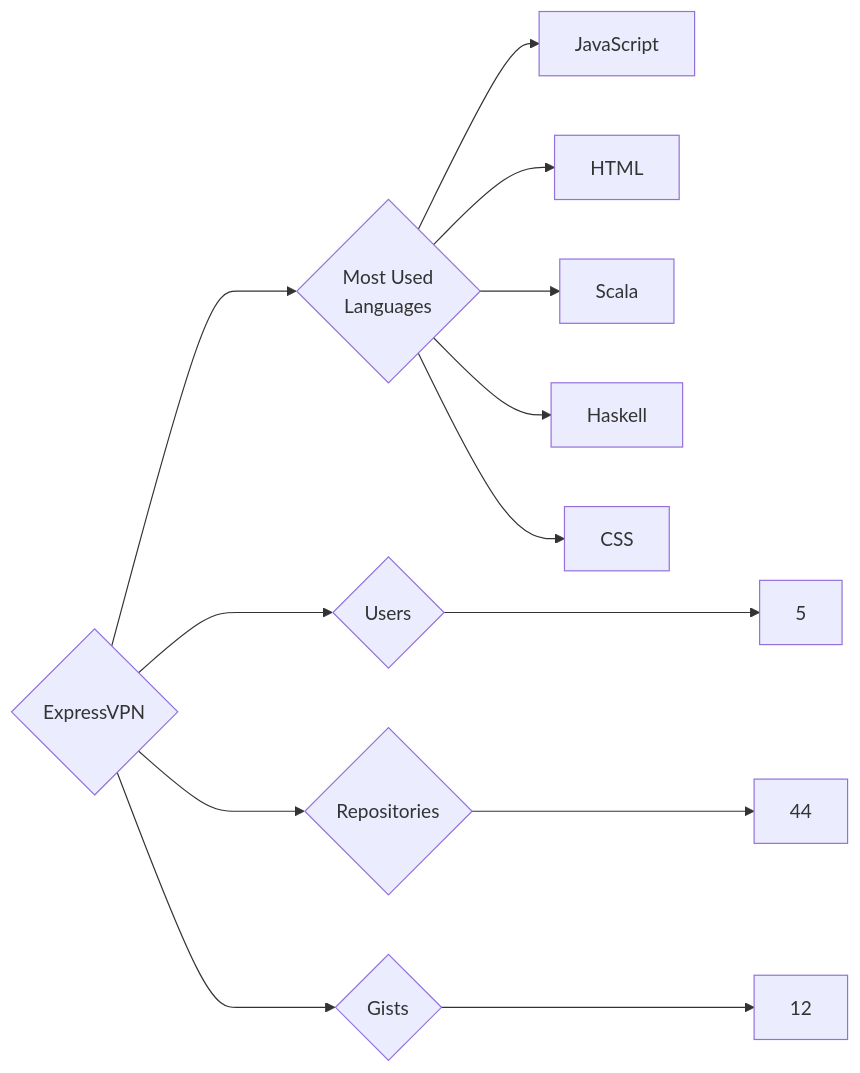
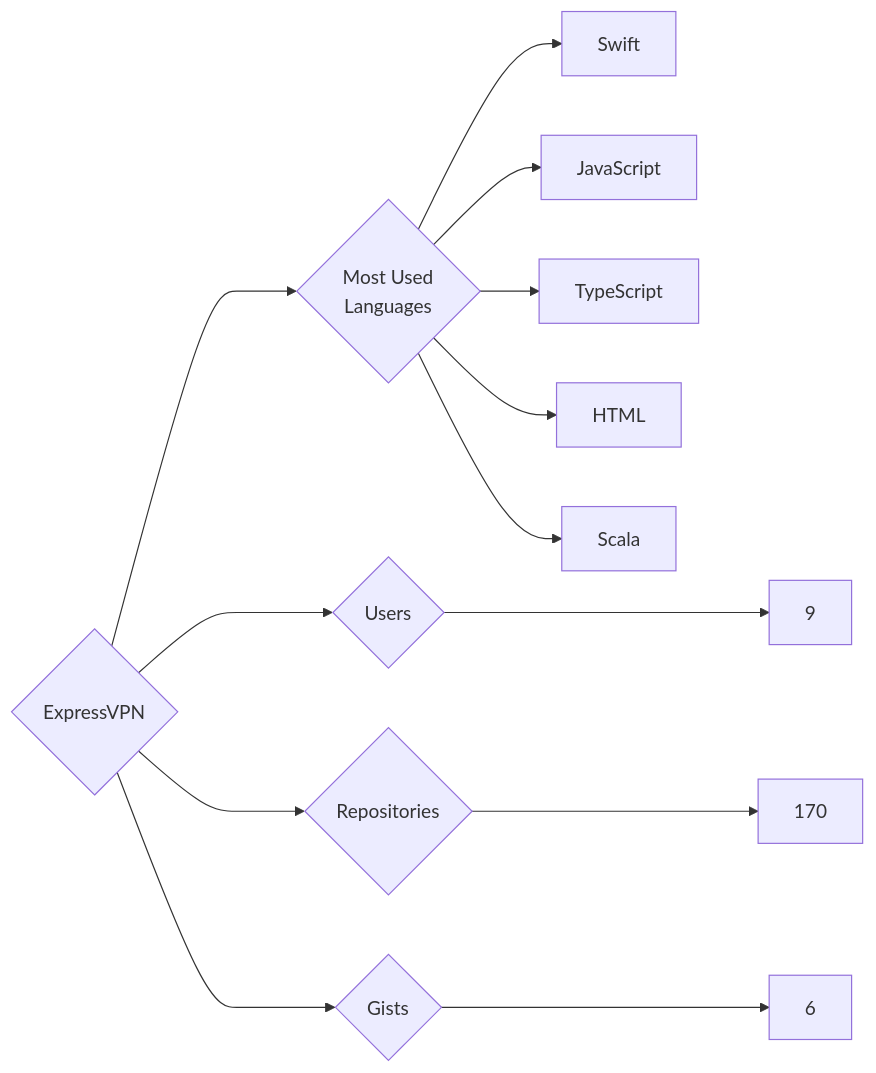
The diagram in targets/ExpressVPN/README.md (trickest/insiders), drawn with Mermaid before and after one commit. The commit also changed 1030 other files, not shown here.

````diff
--- a/targets/ExpressVPN/README.md
+++ b/targets/ExpressVPN/README.md
@@ -3,13 +3,13 @@
 ```mermaid
 graph LR
 COMPANY_NAME{ExpressVPN}
-COMPANY_NAME ---> U{Users} ---> UN[5]
-COMPANY_NAME ---> R{Repositories} ---> RN[44]
-COMPANY_NAME ---> G{Gists} ---> GN[12]
+COMPANY_NAME ---> U{Users} ---> UN[9]
+COMPANY_NAME ---> R{Repositories} ---> RN[170]
+COMPANY_NAME ---> G{Gists} ---> GN[6]
 COMPANY_NAME ---> ML{Most Used<br>Languages}
+ML --> Swift[Swift]
 ML --> JavaScript[JavaScript]
+ML --> TypeScript[TypeScript]
 ML --> HTML[HTML]
 ML --> Scala[Scala]
-ML --> Haskell[Haskell]
-ML --> CSS[CSS]
 ```
````
